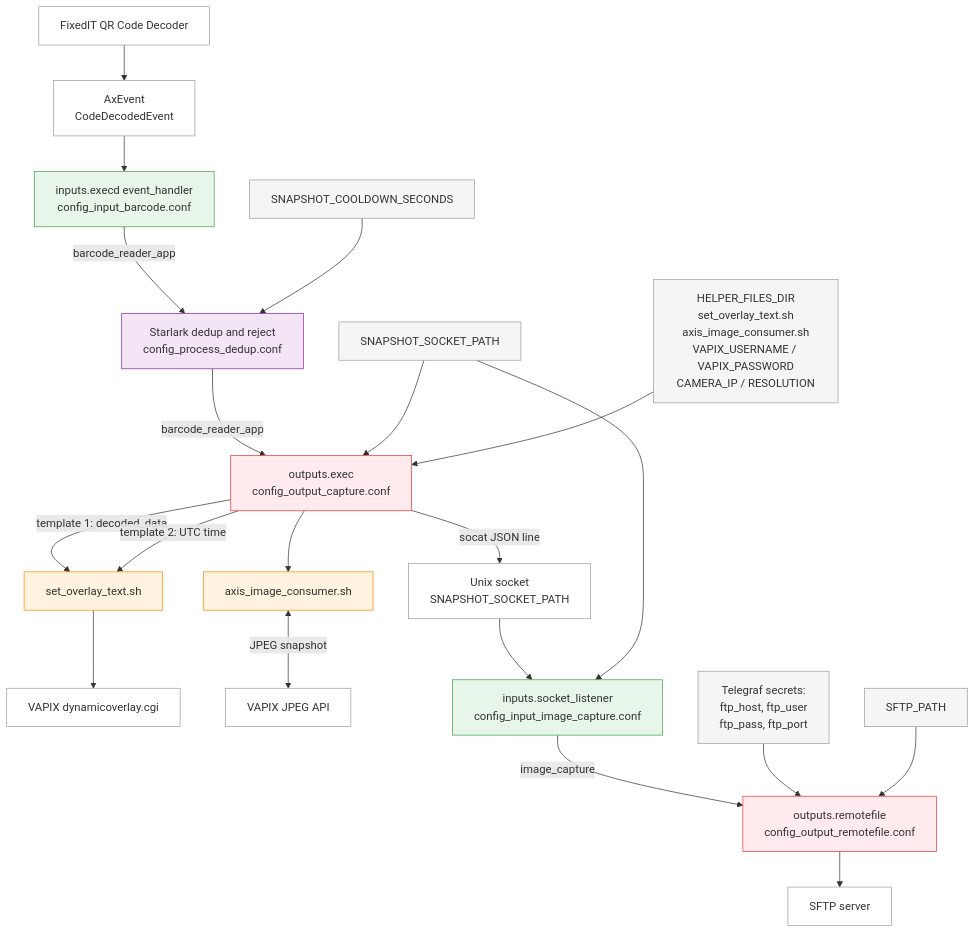
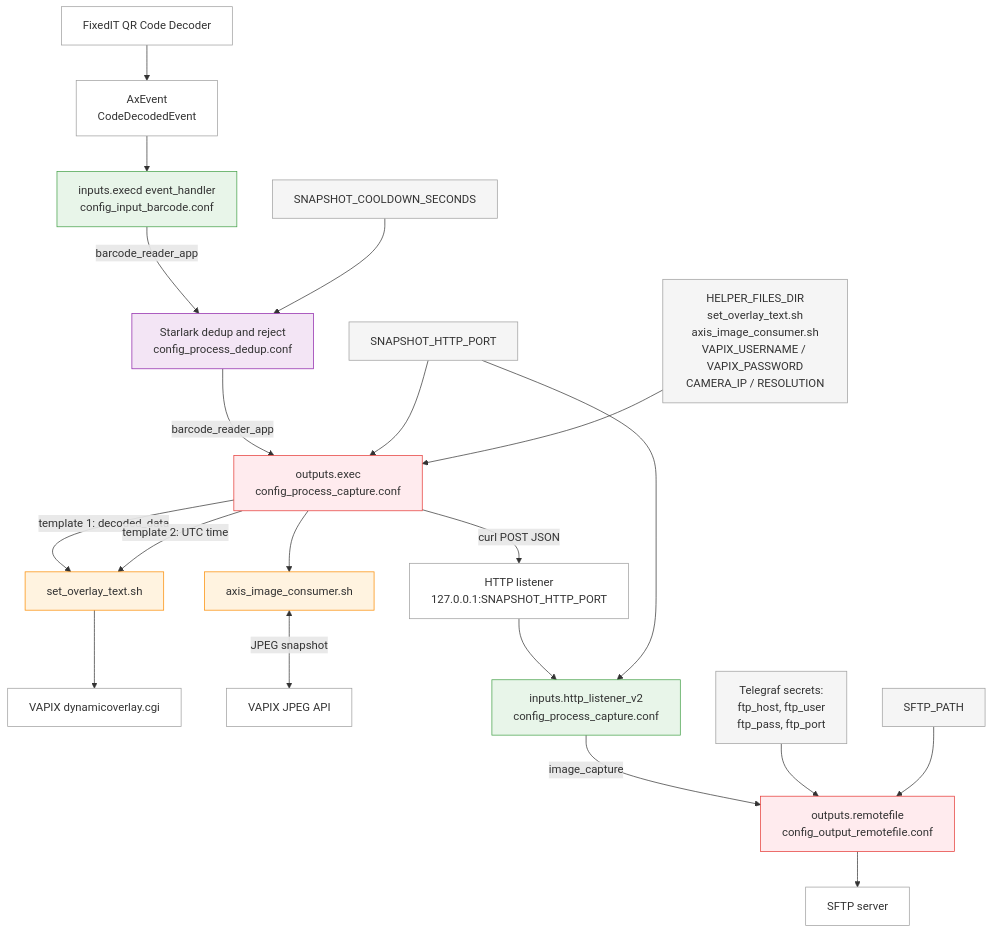
One commit to fixedit-ai/fixedit-data-agent-examples changed the diagram in project-sftp-upload-of-qr-codes/README.md. Above: the diagram before and after it, drawn with Mermaid. The commit also changed other lines of this file and 4 other files, not shown here.

````diff
--- a/project-sftp-upload-of-qr-codes/README.md
+++ b/project-sftp-upload-of-qr-codes/README.md
@@ -9,51 +9,51 @@
 ```mermaid
 flowchart TD
     QR["FixedIT QR Code Decoder"] --> EVT["AxEvent<br/>CodeDecodedEvent"]
     EVT --> IN["inputs.execd event_handler<br/>config_input_barcode.conf"]
     IN -->|barcode_reader_app| STAR["Starlark dedup and reject<br/>config_process_dedup.conf"]
-    STAR -->|barcode_reader_app| CAP["outputs.exec<br/>config_output_capture.conf"]
+    STAR -->|barcode_reader_app| CAP["outputs.exec<br/>config_process_capture.conf"]
 
     CAP -->|template 1: decoded_data| OVERLAY["set_overlay_text.sh"]
     CAP -->|template 2: UTC time| OVERLAY
     OVERLAY --> VAPIX_OVL["VAPIX dynamicoverlay.cgi"]
 
     CAP --> IMG["axis_image_consumer.sh"]
     IMG <-->|JPEG snapshot| VAPIX_JPG["VAPIX JPEG API"]
 
-    CAP -->|socat JSON line| SNAP_SOCK["Unix socket<br/>SNAPSHOT_SOCKET_PATH"]
-    SNAP_SOCK --> IN2["inputs.socket_listener<br/>config_input_image_capture.conf"]
+    CAP -->|curl POST JSON| SNAP_HTTP["HTTP listener<br/>127.0.0.1:SNAPSHOT_HTTP_PORT"]
+    SNAP_HTTP --> IN2["inputs.http_listener_v2<br/>config_process_capture.conf"]
     IN2 -->|image_capture| RF["outputs.remotefile<br/>config_output_remotefile.conf"]
     RF --> SFTP["SFTP server"]
 
-    XSnapSock["SNAPSHOT_SOCKET_PATH"]
+    XSnapPort["SNAPSHOT_HTTP_PORT"]
     XCooldown["SNAPSHOT_COOLDOWN_SECONDS"]
     XScripts["HELPER_FILES_DIR<br/>set_overlay_text.sh<br/>axis_image_consumer.sh<br/>VAPIX_USERNAME / VAPIX_PASSWORD<br/>CAMERA_IP / RESOLUTION"]
     XSftpSecrets["Telegraf secrets:<br/>ftp_host, ftp_user<br/>ftp_pass, ftp_port"]
     XSftpPath["SFTP_PATH"]
 
-    XSnapSock --> CAP
-    XSnapSock --> IN2
+    XSnapPort --> CAP
+    XSnapPort --> IN2
     XCooldown --> STAR
     XScripts --> CAP
     XSftpSecrets --> RF
     XSftpPath --> RF
 
     style QR fill:#ffffff,stroke:#9e9e9e
     style EVT fill:#ffffff,stroke:#9e9e9e
     style IN fill:#e8f5e9,stroke:#43a047
     style STAR fill:#f3e5f5,stroke:#8e24aa
     style CAP fill:#ffebee,stroke:#e53935
     style OVERLAY fill:#fff3e0,stroke:#fb8c00
     style IMG fill:#fff3e0,stroke:#fb8c00
     style VAPIX_OVL fill:#ffffff,stroke:#9e9e9e
     style VAPIX_JPG fill:#ffffff,stroke:#9e9e9e
-    style SNAP_SOCK fill:#ffffff,stroke:#9e9e9e
+    style SNAP_HTTP fill:#ffffff,stroke:#9e9e9e
     style IN2 fill:#e8f5e9,stroke:#43a047
     style RF fill:#ffebee,stroke:#e53935
     style SFTP fill:#ffffff,stroke:#9e9e9e
-    style XSnapSock fill:#f5f5f5,stroke:#9e9e9e
+    style XSnapPort fill:#f5f5f5,stroke:#9e9e9e
     style XCooldown fill:#f5f5f5,stroke:#9e9e9e
     style XScripts fill:#f5f5f5,stroke:#9e9e9e
     style XSftpSecrets fill:#f5f5f5,stroke:#9e9e9e
     style XSftpPath fill:#f5f5f5,stroke:#9e9e9e
 ```
````
